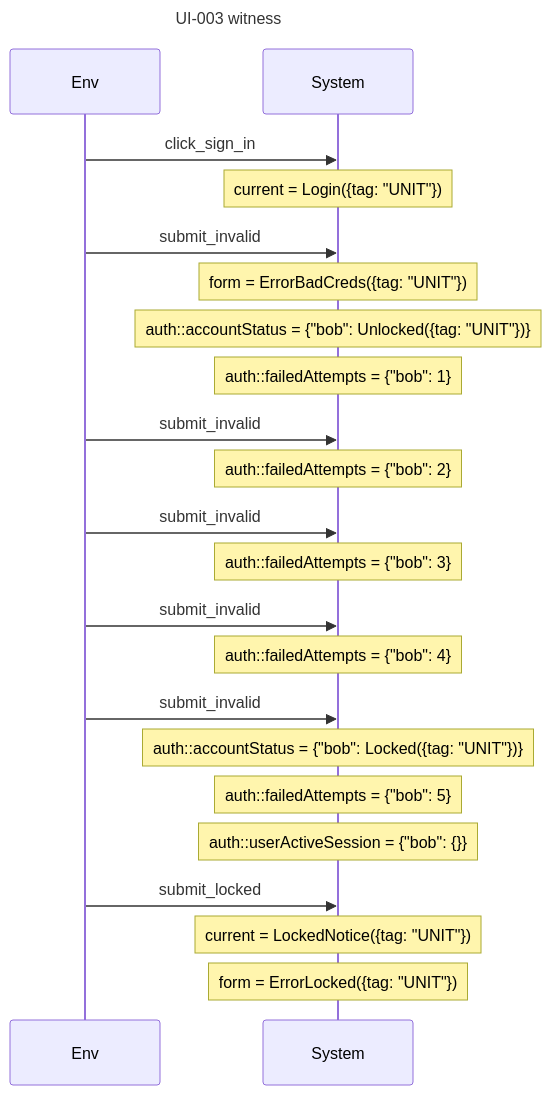
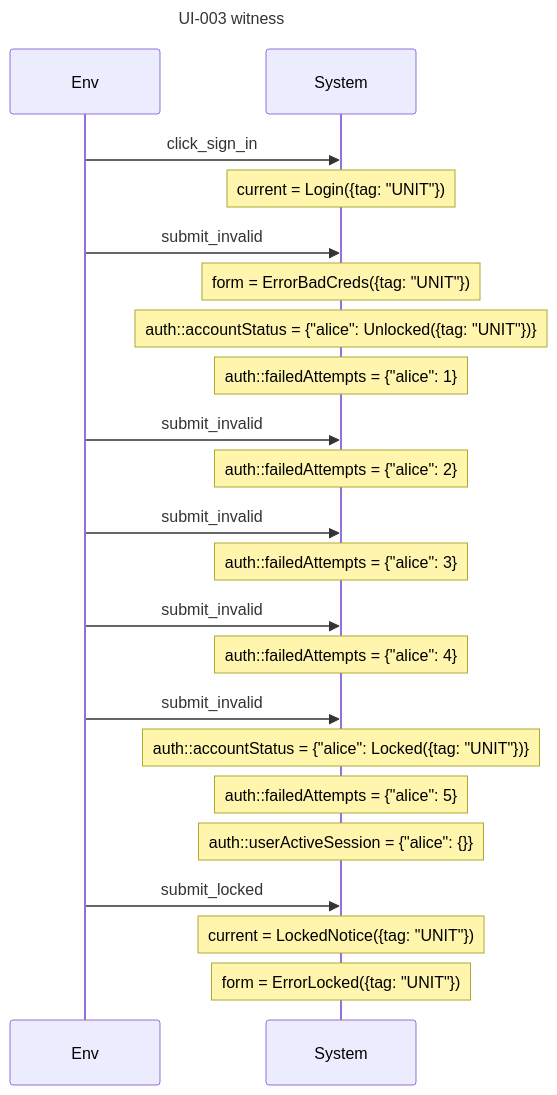
Before and after one commit to AlesKracik/quintessence: the fourth of 8 diagrams in examples/specs/auth-ui.readback.md, drawn with Mermaid. The commit also changed other lines of this file and 53 other files, not shown here.

````diff
--- a/examples/specs/auth-ui.readback.md
+++ b/examples/specs/auth-ui.readback.md
@@ -404,25 +410,25 @@
 ```mermaid
 sequenceDiagram
     title UI-003 witness
     participant E as Env
     participant S as System
     E->>S: click_sign_in
     Note over S: current = Login({tag: "UNIT"})
     E->>S: submit_invalid
     Note over S: form = ErrorBadCreds({tag: "UNIT"})
-    Note over S: auth::accountStatus = {"bob": Unlocked({tag: "UNIT"})}
-    Note over S: auth::failedAttempts = {"bob": 1}
+    Note over S: auth::accountStatus = {"alice": Unlocked({tag: "UNIT"})}
+    Note over S: auth::failedAttempts = {"alice": 1}
     E->>S: submit_invalid
-    Note over S: auth::failedAttempts = {"bob": 2}
+    Note over S: auth::failedAttempts = {"alice": 2}
     E->>S: submit_invalid
-    Note over S: auth::failedAttempts = {"bob": 3}
+    Note over S: auth::failedAttempts = {"alice": 3}
     E->>S: submit_invalid
-    Note over S: auth::failedAttempts = {"bob": 4}
+    Note over S: auth::failedAttempts = {"alice": 4}
     E->>S: submit_invalid
-    Note over S: auth::accountStatus = {"bob": Locked({tag: "UNIT"})}
-    Note over S: auth::failedAttempts = {"bob": 5}
-    Note over S: auth::userActiveSession = {"bob": {}}
+    Note over S: auth::accountStatus = {"alice": Locked({tag: "UNIT"})}
+    Note over S: auth::failedAttempts = {"alice": 5}
+    Note over S: auth::userActiveSession = {"alice": {}}
     E->>S: submit_locked
     Note over S: current = LockedNotice({tag: "UNIT"})
     Note over S: form = ErrorLocked({tag: "UNIT"})
 ```
````
